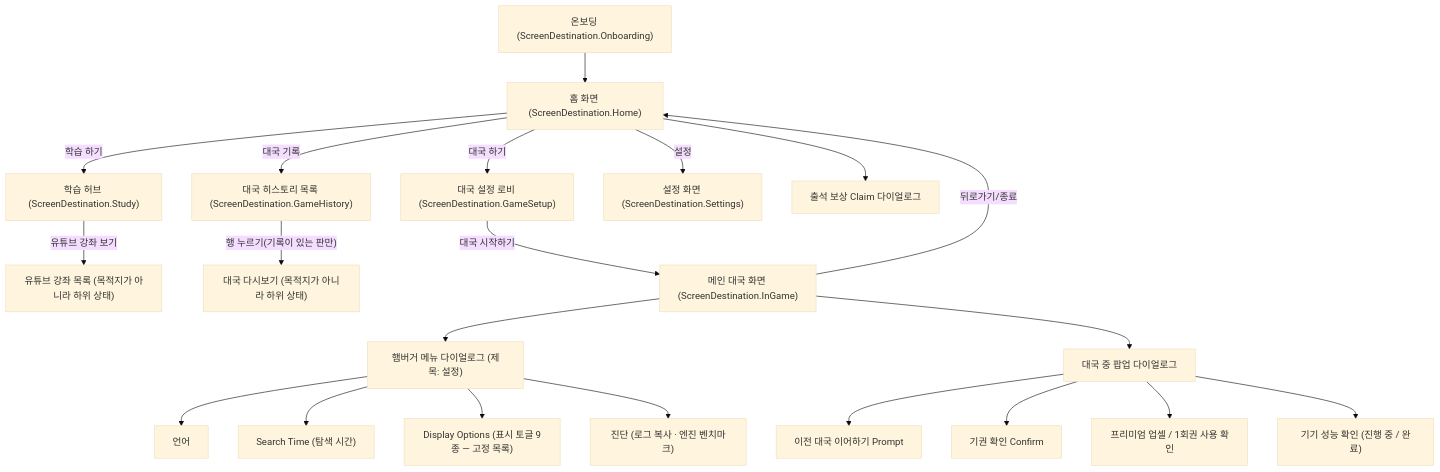
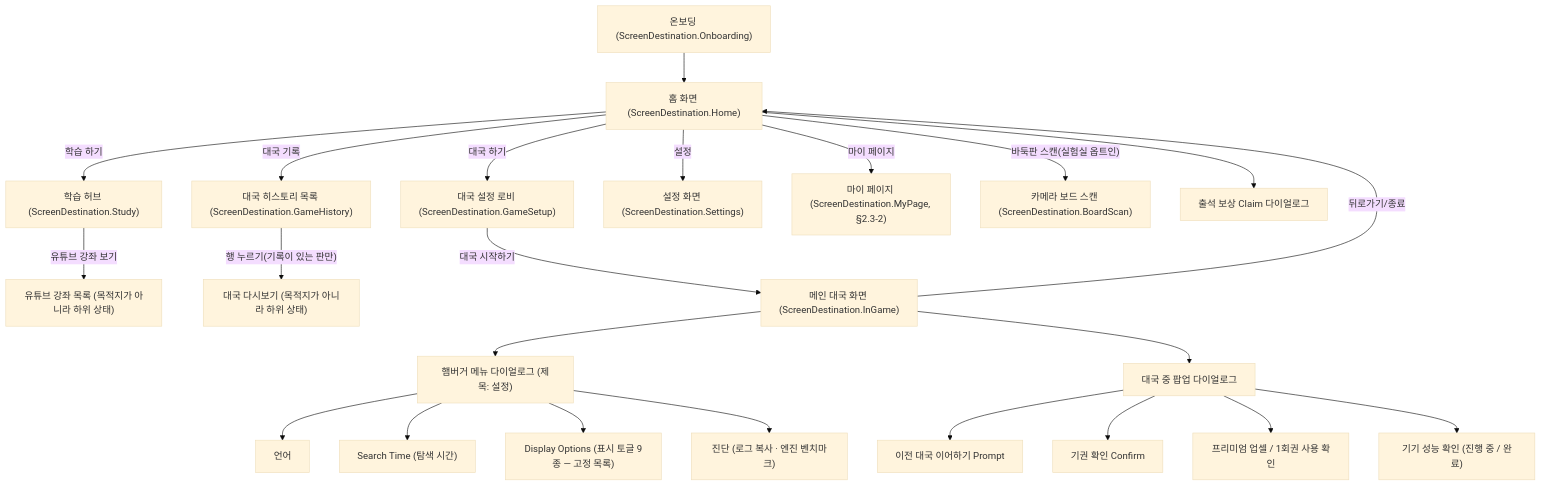
One commit to flitsky/go-ai-coach-app changed the diagram in docs/spec/APP_IA_AND_UI_SPEC.md. Above: the diagram before and after it, drawn with Mermaid (base theme). The commit also changed other lines of this file, not shown here.

````diff
--- a/docs/spec/APP_IA_AND_UI_SPEC.md
+++ b/docs/spec/APP_IA_AND_UI_SPEC.md
@@ -15,25 +20,27 @@
 ```mermaid
 graph TD
     O["온보딩 (ScreenDestination.Onboarding)"] --> A
     A["홈 화면 (ScreenDestination.Home)"] -->|"대국 하기"| B["대국 설정 로비 (ScreenDestination.GameSetup)"]
     A -->|"학습 하기"| F["학습 허브 (ScreenDestination.Study)"]
     F -->|"유튜브 강좌 보기"| F1["유튜브 강좌 목록 (목적지가 아니라 하위 상태)"]
     A -->|"대국 기록"| G["대국 히스토리 목록 (ScreenDestination.GameHistory)"]
     G -->|"행 누르기(기록이 있는 판만)"| G1["대국 다시보기 (목적지가 아니라 하위 상태)"]
     A -->|"설정"| S["설정 화면 (ScreenDestination.Settings)"]
+    A -->|"마이 페이지"| M["마이 페이지 (ScreenDestination.MyPage, §2.3-2)"]
+    A -->|"바둑판 스캔(실험실 옵트인)"| BS["카메라 보드 스캔 (ScreenDestination.BoardScan)"]
     B -->|"대국 시작하기"| C["메인 대국 화면 (ScreenDestination.InGame)"]
     C -->|"뒤로가기/종료"| A
 
     C --> D["햄버거 메뉴 다이얼로그 (제목: 설정)"]
     D --> D1["언어"]
     D --> D2["Search Time (탐색 시간)"]
     D --> D3["Display Options (표시 토글 9종 — 고정 목록)"]
     D --> D4["진단 (로그 복사 · 엔진 벤치마크)"]
 
     A --> P["출석 보상 Claim 다이얼로그"]
     C --> E["대국 중 팝업 다이얼로그"]
     E --> E1["이전 대국 이어하기 Prompt"]
     E --> E2["기권 확인 Confirm"]
     E --> E3["프리미엄 업셀 / 1회권 사용 확인"]
     E --> E4["기기 성능 확인 (진행 중 / 완료)"]
 ```
````
